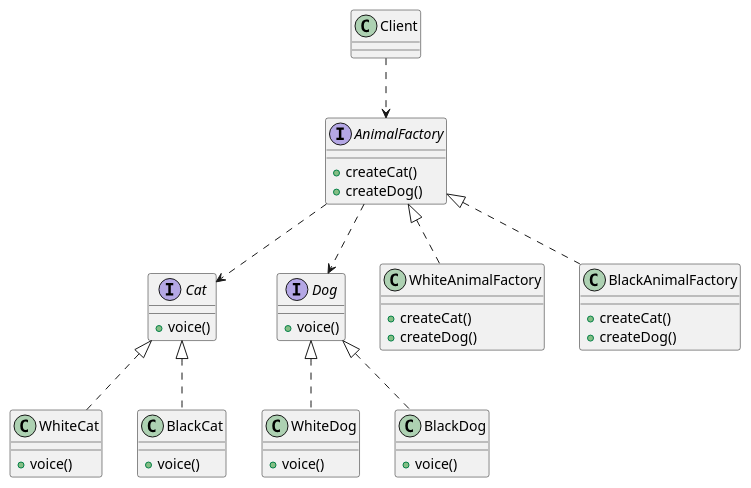
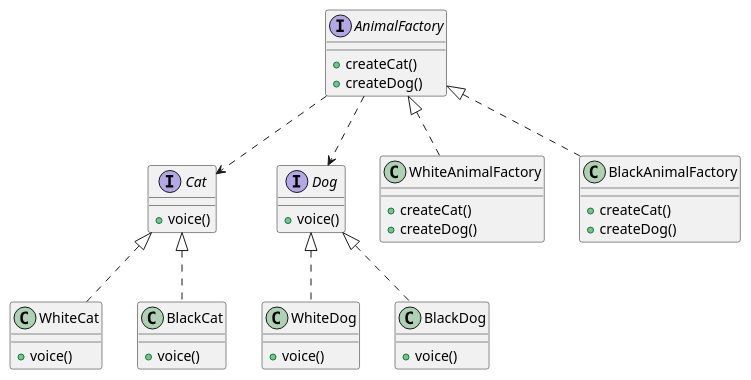
The diagram in Creational/AbstractFactory/AbstractFactory.puml (flashytime/DesignPatternsPHP), drawn with PlantUML before and after one commit. The commit also changed 35 other files, not shown here.

```diff
--- a/Creational/AbstractFactory/AbstractFactory.puml
+++ b/Creational/AbstractFactory/AbstractFactory.puml
@@ -1,54 +1,50 @@
 @startuml
 interface Cat {
     + voice()
 }
 
 class WhiteCat {
     + voice()
 }
 
 class BlackCat {
     + voice()
 }
 
 interface Dog {
     + voice()
 }
 
 class WhiteDog {
     + voice()
 }
 
 class BlackDog {
     + voice()
 }
 
 Cat <|.. WhiteCat
 Cat <|.. BlackCat
 Dog <|.. WhiteDog
 Dog <|.. BlackDog
 
 interface AnimalFactory {
     + createCat()
     + createDog()
 }
 
 class WhiteAnimalFactory {
     + createCat()
     + createDog()
 }
 
 class BlackAnimalFactory {
     + createCat()
     + createDog()
 }
 
 AnimalFactory <|.. WhiteAnimalFactory
 AnimalFactory <|.. BlackAnimalFactory
 AnimalFactory ..> Cat
 AnimalFactory ..> Dog
-
-class Client
-
-Client ..> AnimalFactory
 @enduml
```
